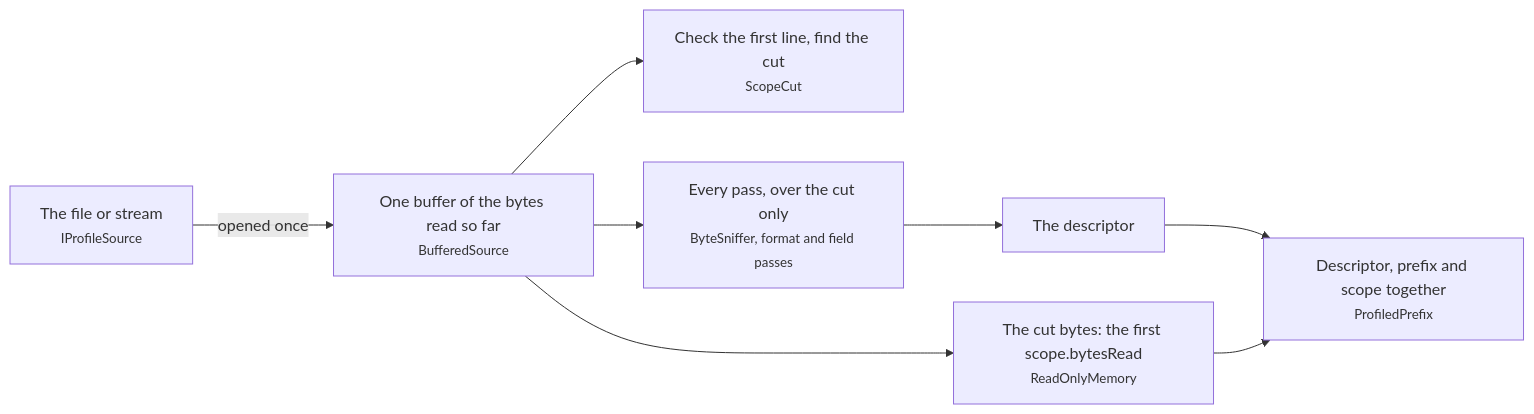
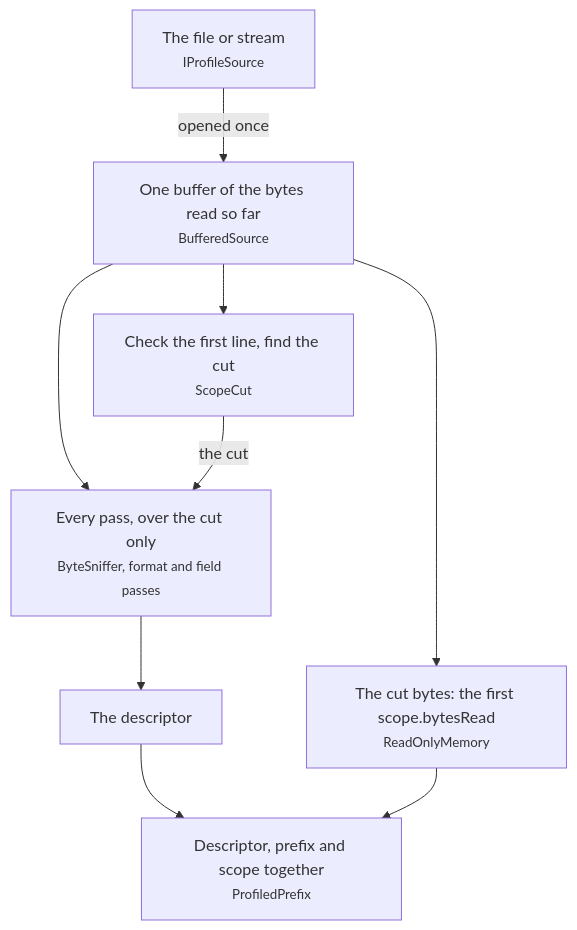
Before and after one commit to squalor-xyz/squalify: the third of 31 diagrams in docs/how-it-works.md, drawn with Mermaid. The commit also changed other lines of this file and 12 other files, not shown here.

````diff
--- a/docs/how-it-works.md
+++ b/docs/how-it-works.md
@@ -42,10 +42,11 @@
 ```mermaid
-flowchart LR
+flowchart TD
     S["The file or stream<br/><small>IProfileSource</small>"] -->|"opened once"| B["One buffer of the bytes read so far<br/><small>BufferedSource</small>"]
     B --> C["Check the first line, find the cut<br/><small>ScopeCut</small>"]
     B --> P["Every pass, over the cut only<br/><small>ByteSniffer, format and field passes</small>"]
+    C -->|"the cut"| P
     P --> D["The descriptor"]
     B --> X["The cut bytes: the first scope.bytesRead<br/><small>ReadOnlyMemory</small>"]
     D --> R["Descriptor, prefix and scope together<br/><small>ProfiledPrefix</small>"]
     X --> R
 ```
````
